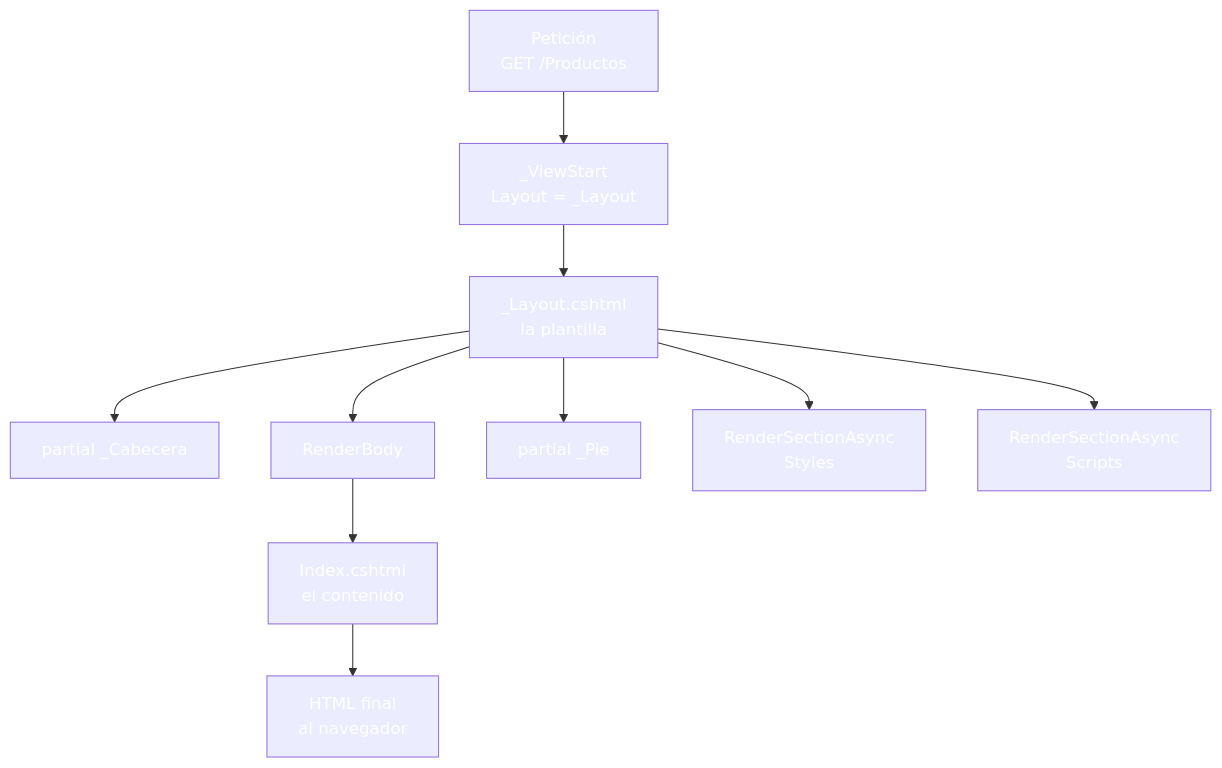
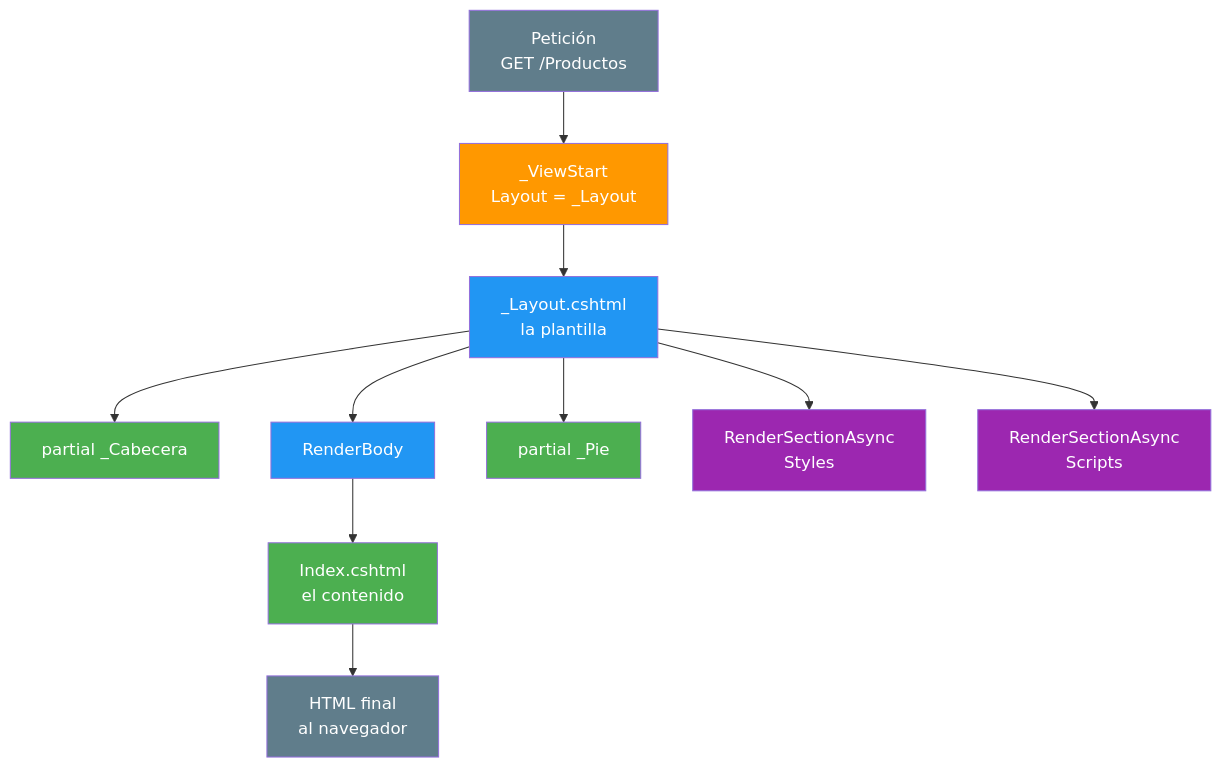
One commit to joseluisgs/DesarrolloWebEntornosServidor-03-2026-2027 changed the second of 5 diagrams in 05-layouts-partials-componentes.md. Above: the diagram before and after it, drawn with Mermaid. The commit also changed other lines of this file and 25 other files, not shown here.

Commit message:
docs: corregir los estilos Mermaid de los temas y alinear el dominio del tema 25 con ProductosApp

````diff
--- a/05-layouts-partials-componentes.md
+++ b/05-layouts-partials-componentes.md
@@ -182,23 +182,23 @@
 ```mermaid
 graph TD
     A["Petición<br/>GET /Productos"] --> B["_ViewStart<br/>Layout = _Layout"]
     B --> C["_Layout.cshtml<br/>la plantilla"]
     C --> D["partial _Cabecera"]
     C --> E["RenderBody"]
     C --> F["partial _Pie"]
     C --> G["RenderSectionAsync<br/>Styles"]
     C --> H["RenderSectionAsync<br/>Scripts"]
     E --> I["Index.cshtml<br/>el contenido"]
     I --> J["HTML final<br/>al navegador"]
 
-    style A fill:#607D8,color:#fffB,color:#fff
-    style B fill:#FF980,color:#fff0,color:#fff
-    style C fill:#2196F,color:#fff3,color:#fff
-    style D fill:#4CAF5,color:#fff0,color:#fff
-    style E fill:#2196F,color:#fff3,color:#fff
-    style F fill:#4CAF5,color:#fff0,color:#fff
-    style G fill:#9C27B,color:#fff0,color:#fff
-    style H fill:#9C27B,color:#fff0,color:#fff
-    style I fill:#4CAF5,color:#fff0,color:#fff
-    style J fill:#607D8,color:#fffB,color:#fff
+    style A fill:#607D8B,color:#fff
+    style B fill:#FF9800,color:#fff
+    style C fill:#2196F3,color:#fff
+    style D fill:#4CAF50,color:#fff
+    style E fill:#2196F3,color:#fff
+    style F fill:#4CAF50,color:#fff
+    style G fill:#9C27B0,color:#fff
+    style H fill:#9C27B0,color:#fff
+    style I fill:#4CAF50,color:#fff
+    style J fill:#607D8B,color:#fff
 ```
````
